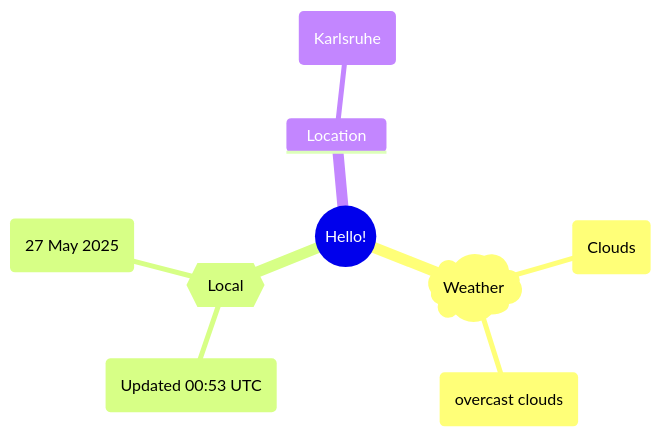
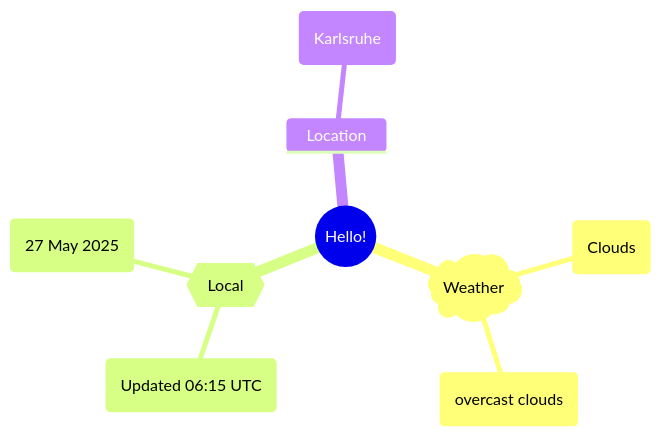
One commit to Xosrov/Xosrov changed the first of 2 diagrams in README.md. Above: the diagram before and after it, drawn with Mermaid.

Commit message:
[bot] updated images

````diff
--- a/README.md
+++ b/README.md
@@ -3,12 +3,12 @@
 ```mermaid
 mindmap
   root((Hello!))
     )Weather(
         (Clouds)
         (overcast clouds)
     {{Local}}
-        (Updated 00:53 UTC)
+        (Updated 06:15 UTC)
         (27 May 2025)
     Location
         (Karlsruhe)
 ```
````
